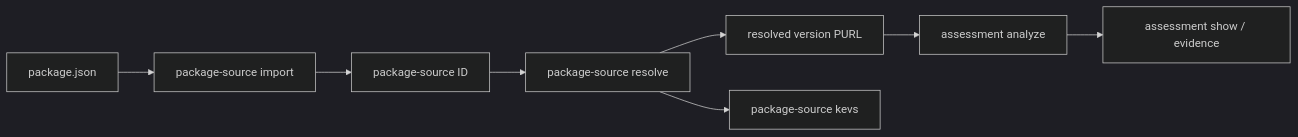
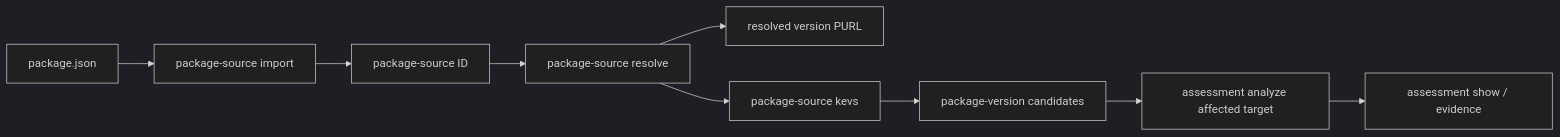
One commit to mitre/hipcheck changed the diagram in night-vision/docs/rfds/0004-nvdb-demo-workflow.md. Above: the diagram before and after it, drawn with Mermaid (dark theme). The commit also changed other lines of this file and 22 other files, not shown here.

````diff
--- a/night-vision/docs/rfds/0004-nvdb-demo-workflow.md
+++ b/night-vision/docs/rfds/0004-nvdb-demo-workflow.md
@@ -80,10 +80,11 @@
 ```mermaid
 flowchart LR
     source[package.json] --> import[package-source import]
     import --> id[package-source ID]
     id --> resolve[package-source resolve]
     resolve --> purl[resolved version PURL]
     resolve --> kevs[package-source kevs]
-    purl --> assessment[assessment analyze]
+    kevs --> candidates[package-version candidates]
+    candidates --> assessment[assessment analyze affected target]
     assessment --> evidence[assessment show / evidence]
 ```
````
